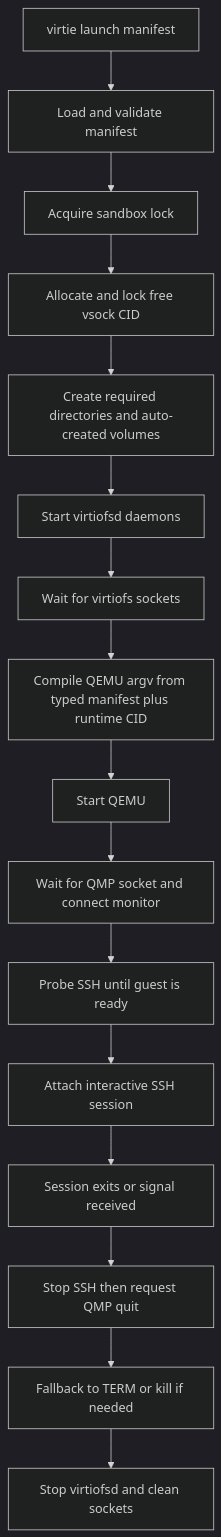
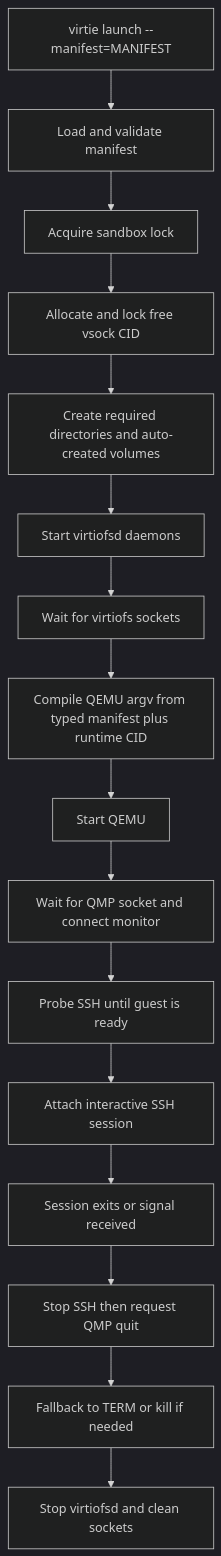
One commit to shazow/agentspace changed the diagram in .specs/virtie.md. Above: the diagram before and after it, drawn with Mermaid (dark theme). The commit also changed other lines of this file and 16 other files, not shown here.

````diff
--- a/.specs/virtie.md
+++ b/.specs/virtie.md
@@ -104,18 +111,18 @@
 ```mermaid
 flowchart TD
-  A[virtie launch manifest] --> B[Load and validate manifest]
+  A[virtie launch --manifest=MANIFEST] --> B[Load and validate manifest]
   B --> C[Acquire sandbox lock]
   C --> D[Allocate and lock free vsock CID]
   D --> E[Create required directories and auto-created volumes]
   E --> F[Start virtiofsd daemons]
   F --> G[Wait for virtiofs sockets]
   G --> H[Compile QEMU argv from typed manifest plus runtime CID]
   H --> I[Start QEMU]
   I --> J[Wait for QMP socket and connect monitor]
   J --> K[Probe SSH until guest is ready]
   K --> L[Attach interactive SSH session]
   L --> M[Session exits or signal received]
   M --> N[Stop SSH then request QMP quit]
   N --> O[Fallback to TERM or kill if needed]
   O --> P[Stop virtiofsd and clean sockets]
 ```
````
